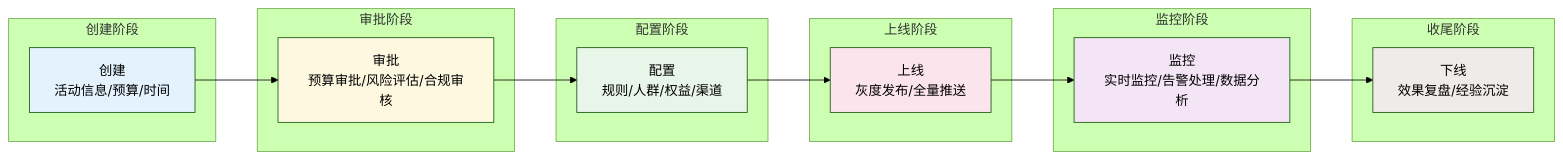
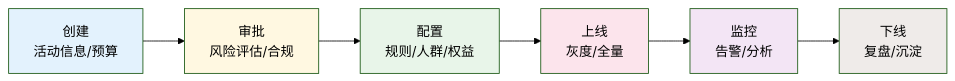
Before and after one commit to zhangqian-silk/cs-note: the second of 7 diagrams in system_design/marketing/marketing_system.md, drawn with Mermaid (forest theme). The commit also changed other lines of this file, not shown here.

Commit message:
docs: 优化 Mermaid 图表布局，移除 subgraph 嵌套

````diff
--- a/system_design/marketing/marketing_system.md
+++ b/system_design/marketing/marketing_system.md
@@ -324,35 +310,15 @@
 ```mermaid
 flowchart LR
-    subgraph 创建阶段
-        A[创建<br/>活动信息/预算/时间]
-    end
-    
-    subgraph 审批阶段
-        B[审批<br/>预算审批/风险评估/合规审核]
-    end
-    
-    subgraph 配置阶段
-        C[配置<br/>规则/人群/权益/渠道]
-    end
-    
-    subgraph 上线阶段
-        D[上线<br/>灰度发布/全量推送]
-    end
-    
-    subgraph 监控阶段
-        E[监控<br/>实时监控/告警处理/数据分析]
-    end
-    
-    subgraph 收尾阶段
-        F[下线<br/>效果复盘/经验沉淀]
-    end
-    
-    A --> B --> C --> D --> E --> F
+    A[创建<br/>活动信息/预算] --> B[审批<br/>风险评估/合规]
+    B --> C[配置<br/>规则/人群/权益]
+    C --> D[上线<br/>灰度/全量]
+    D --> E[监控<br/>告警/分析]
+    E --> F[下线<br/>复盘/沉淀]
     
     style A fill:#e3f2fd
     style B fill:#fff8e1
     style C fill:#e8f5e9
     style D fill:#fce4ec
     style E fill:#f3e5f5
     style F fill:#efebe9
 ```
````
